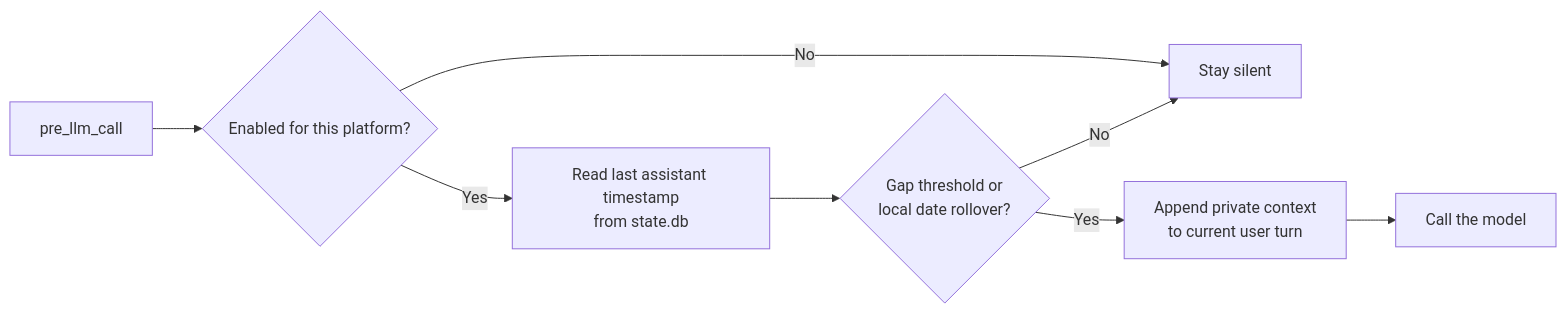
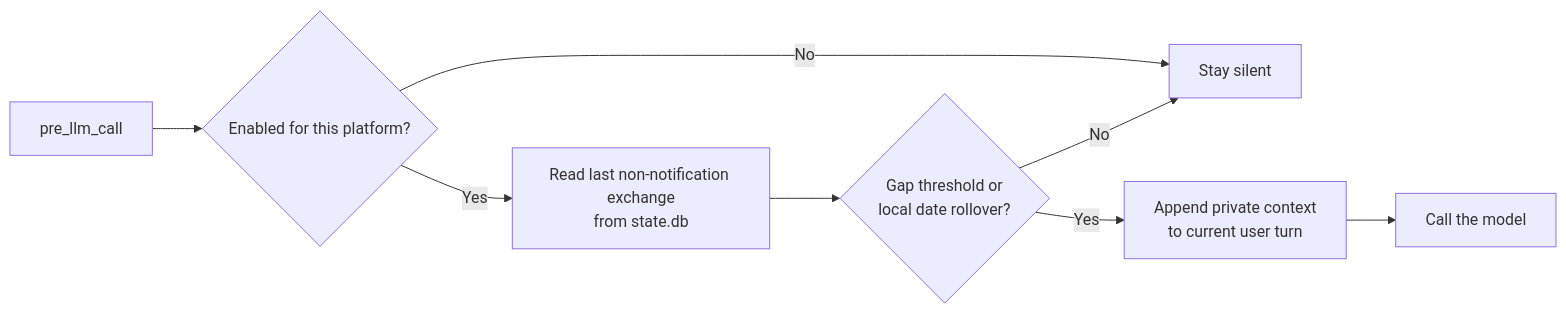
Before and after one commit to i-iooi-i/time-gap: the diagram in README.md, drawn with Mermaid. The commit also changed other lines of this file and 3 other files, not shown here.

````diff
--- a/README.md
+++ b/README.md
@@ -58,10 +58,10 @@
 ```mermaid
 flowchart LR
     A["pre_llm_call"] --> B{"Enabled for this platform?"}
     B -- No --> S["Stay silent"]
-    B -- Yes --> C["Read last assistant timestamp<br/>from state.db"]
+    B -- Yes --> C["Read last non-notification exchange<br/>from state.db"]
     C --> D{"Gap threshold or<br/>local date rollover?"}
     D -- No --> S
     D -- Yes --> E["Append private context<br/>to current user turn"]
     E --> F["Call the model"]
 ```
````
